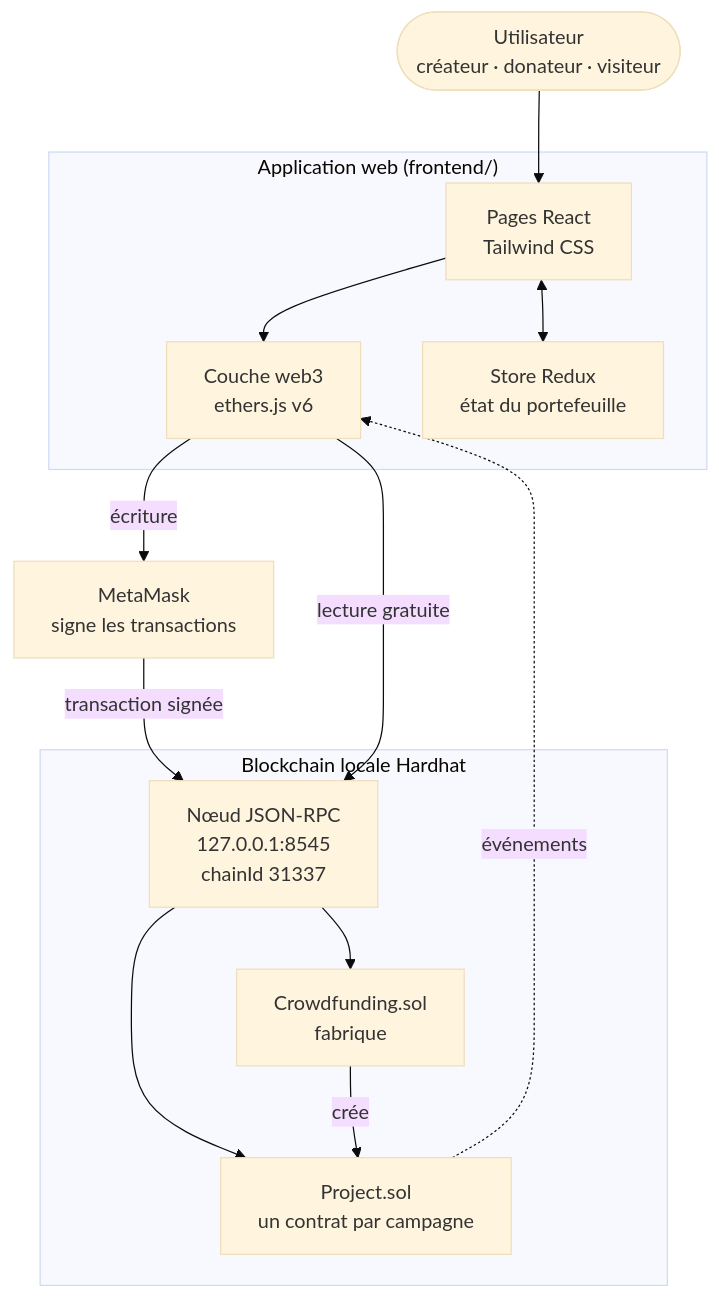
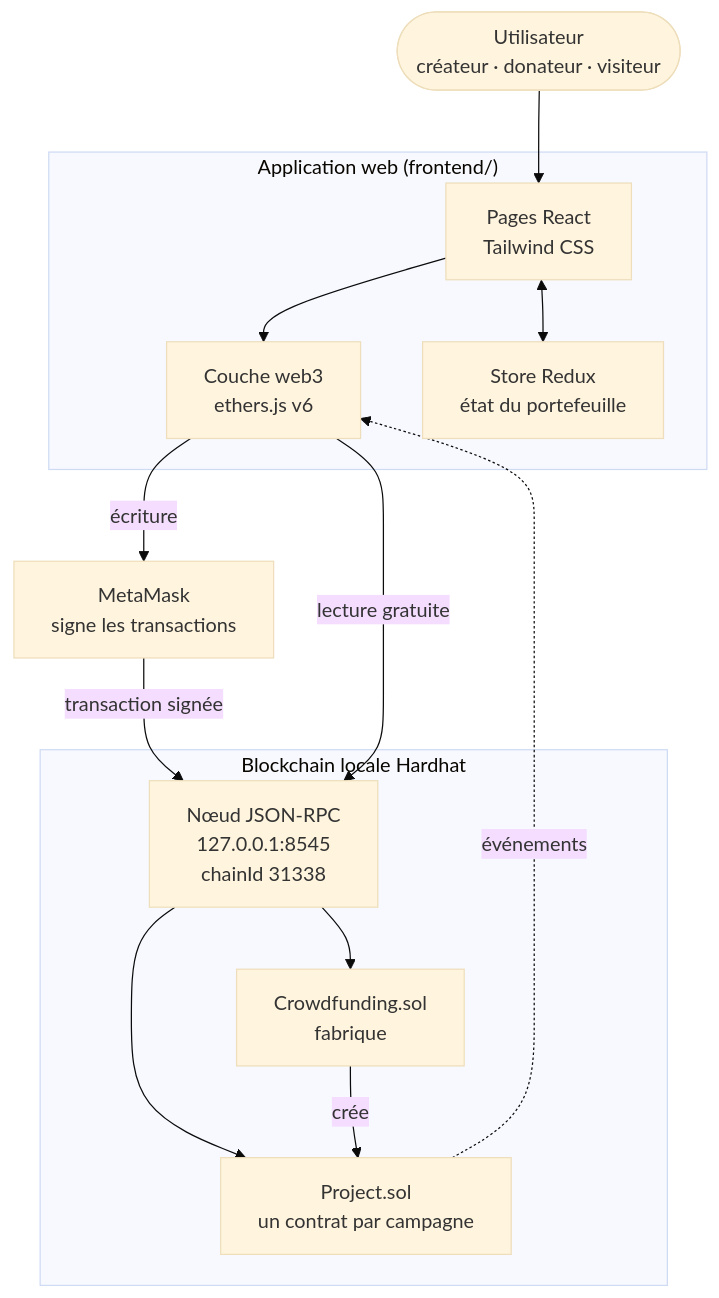
The first of 3 diagrams in README.md (Chaksterr/Crowdfunding-blockchain), drawn with Mermaid (base theme) before and after one commit. The commit also changed other lines of this file and 27 other files, not shown here.

````diff
--- a/README.md
+++ b/README.md
@@ -43,29 +43,29 @@
 ```mermaid
 flowchart TB
     U(["Utilisateur<br/>créateur · donateur · visiteur"])
 
     subgraph WEB["Application web (frontend/)"]
         UI["Pages React<br/>Tailwind CSS"]
         W3["Couche web3<br/>ethers.js v6"]
         ST["Store Redux<br/>état du portefeuille"]
     end
 
     MM["MetaMask<br/>signe les transactions"]
 
     subgraph CHAIN["Blockchain locale Hardhat"]
-        RPC["Nœud JSON-RPC<br/>127.0.0.1:8545<br/>chainId 31337"]
+        RPC["Nœud JSON-RPC<br/>127.0.0.1:8545<br/>chainId 31338"]
         F["Crowdfunding.sol<br/>fabrique"]
         P["Project.sol<br/>un contrat par campagne"]
     end
 
     U --> UI
     UI --> W3
     UI <--> ST
     W3 -- "écriture" --> MM
     MM -- "transaction signée" --> RPC
     W3 -- "lecture gratuite" --> RPC
     RPC --> F
     RPC --> P
     F -- "crée" --> P
     P -. "événements" .-> W3
 ```
````
